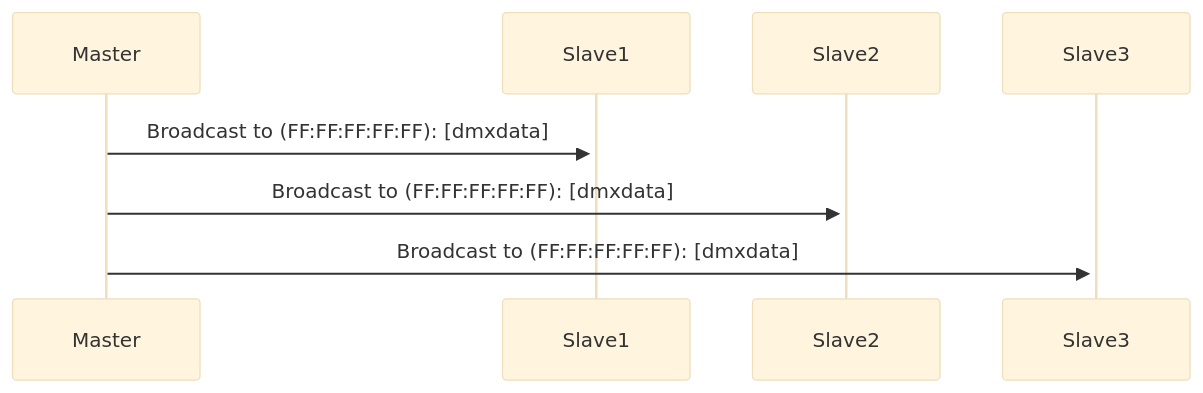
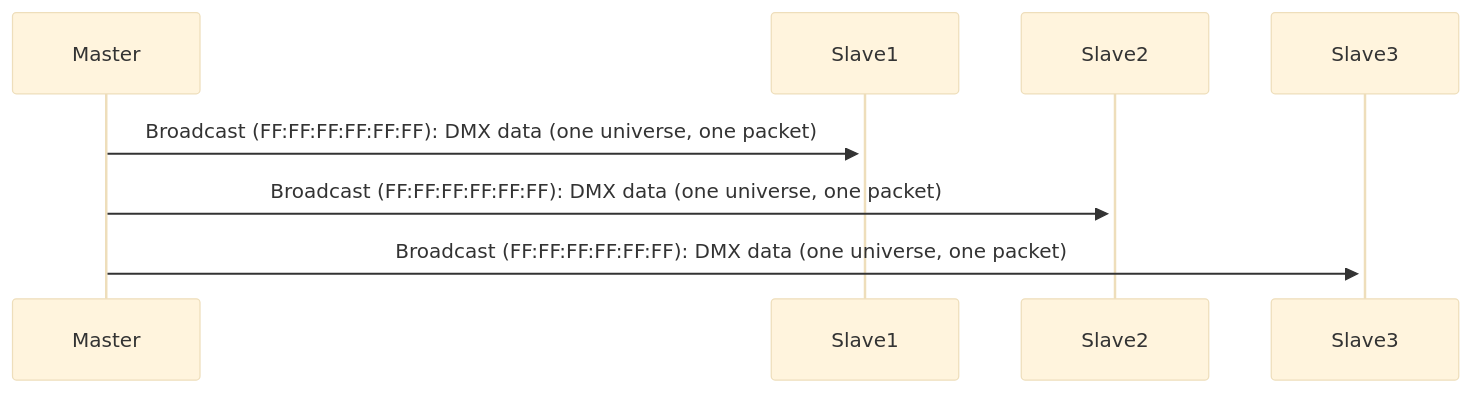
Before and after one commit to kokospalme/DMXnow: the fourth of 4 diagrams in README.md, drawn with Mermaid (base theme). The commit also changed other lines of this file and 8 other files, not shown here.

````diff
--- a/README.md
+++ b/README.md
@@ -63,11 +264,11 @@
 ```mermaid
 sequenceDiagram
     participant Master
     participant Slave1
     participant Slave2
     participant Slave3
 
-    Master ->>+ Slave1: Broadcast to (FF:FF:FF:FF:FF): [dmxdata]
-    Master ->>+ Slave2: Broadcast to (FF:FF:FF:FF:FF): [dmxdata]
-    Master ->>+ Slave3: Broadcast to (FF:FF:FF:FF:FF): [dmxdata]
+    Master ->>+ Slave1: Broadcast (FF:FF:FF:FF:FF:FF): DMX data (one universe, one packet)
+    Master ->>+ Slave2: Broadcast (FF:FF:FF:FF:FF:FF): DMX data (one universe, one packet)
+    Master ->>+ Slave3: Broadcast (FF:FF:FF:FF:FF:FF): DMX data (one universe, one packet)
 ```
````
